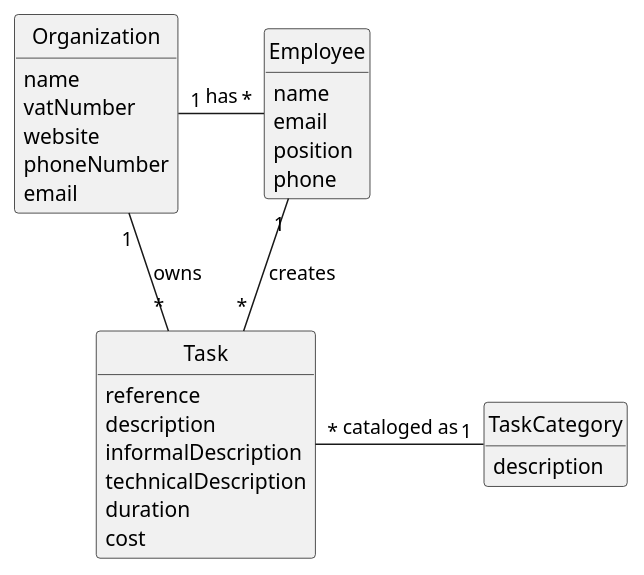
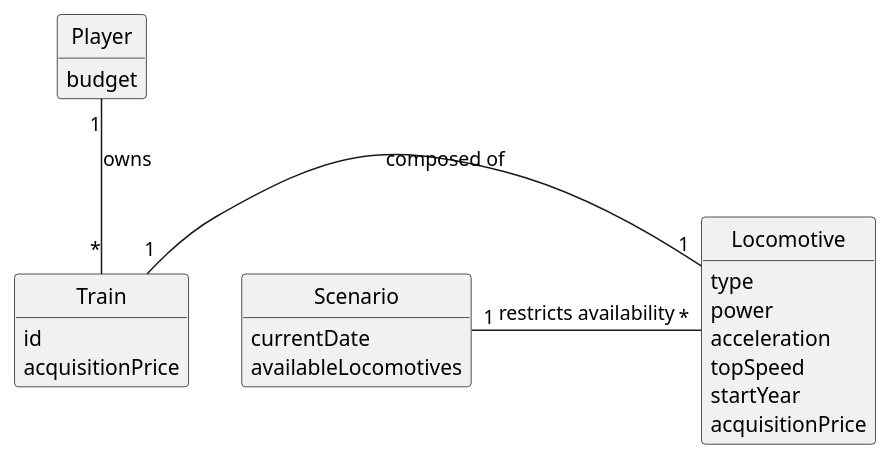
The diagram in docs/system-documentation/US009/02.analysis/puml/US009-DM.puml (1240826/empire-on-tracks), drawn with PlantUML before and after one commit. The commit also changed 7 other files, not shown here.

```diff
--- a/docs/system-documentation/US009/02.analysis/puml/US009-DM.puml
+++ b/docs/system-documentation/US009/02.analysis/puml/US009-DM.puml
@@ -1,50 +1,40 @@
 @startuml
 skinparam monochrome true
 skinparam packageStyle rectangle
 skinparam shadowing false
-
-'left to right direction
 
 skinparam classAttributeIconSize 0
 
 hide circle
 hide methods
 
-'title Domain Model
+'title Domain Model for US009 - Buy a Train
 
-class Organization {
-    name
-    vatNumber
-    website
-    phoneNumber
-    email
+class Player {
+    budget
 }
 
-class Task {
-    reference
-    description
-    informalDescription
-    technicalDescription
-    duration
-    cost
+class Train {
+    id
+    acquisitionPrice
 }
 
-class TaskCategory {
-    description
+class Locomotive {
+    type
+    power
+    acceleration
+    topSpeed
+    startYear
+    acquisitionPrice
 }
 
-class Employee {
-    name
-    email
-    position
-    phone
+class Scenario {
+    currentDate
+    availableLocomotives
 }
 
-Organization "1" - "*" Employee : has
-Organization "1" - "*" Task: owns
-
-Employee "1" -- "*" Task : creates
-
-Task "*" - "1" TaskCategory: cataloged as
+Player "1" -- "*" Train : owns
+Train "1" - "1" Locomotive : composed of
+Scenario "1" - "*" Locomotive : restricts availability
 
 @enduml
```
